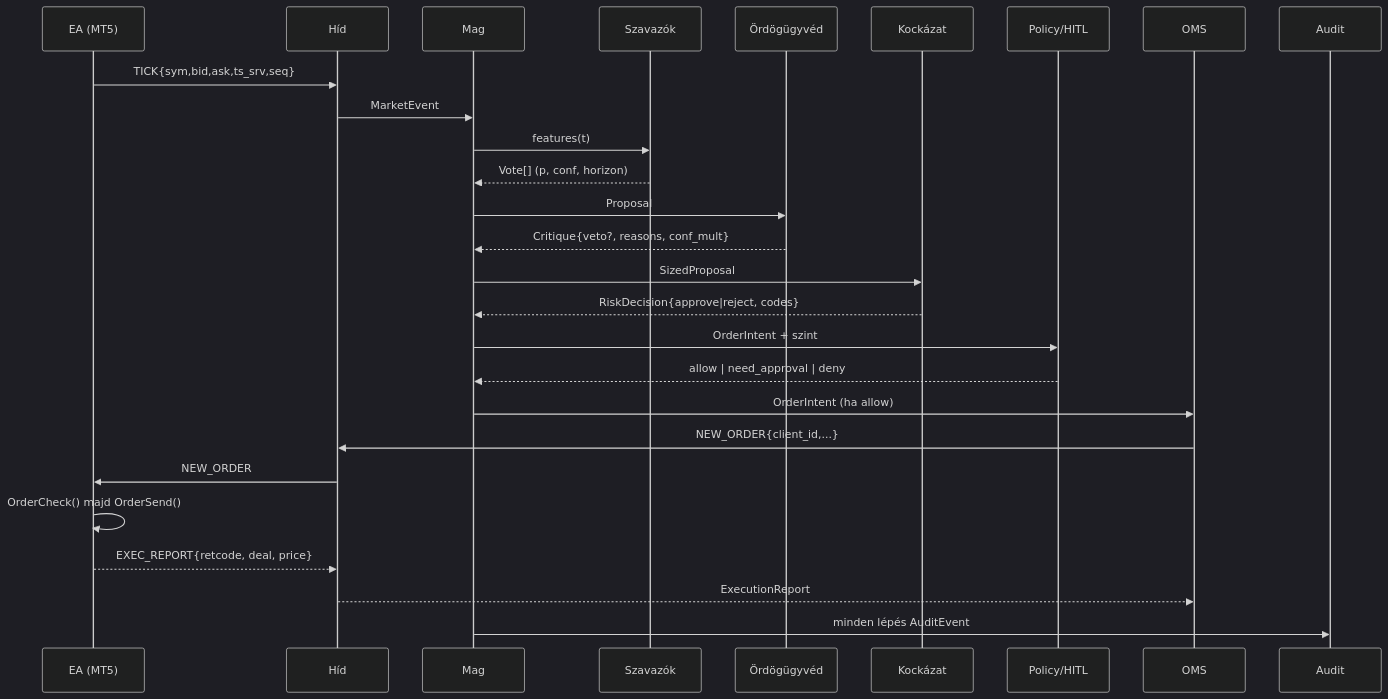
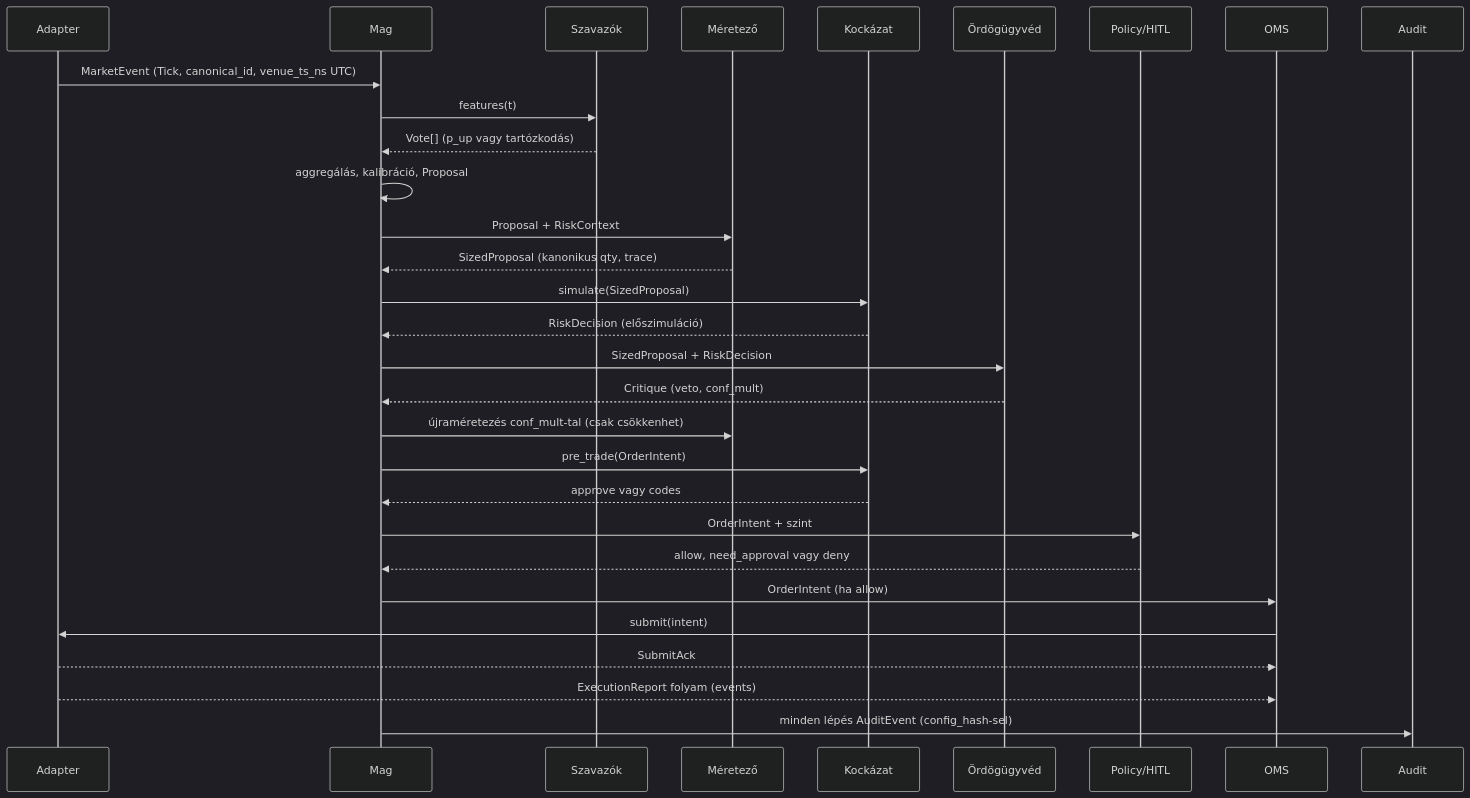
Before and after one commit to scspg/Personal: the third of 10 diagrams in algotrading-archivum/FEJLESZTOI-SPEC.md, drawn with Mermaid (dark theme). The commit also changed other lines of this file and 20 other files, not shown here.

````diff
--- a/algotrading-archivum/FEJLESZTOI-SPEC.md
+++ b/algotrading-archivum/FEJLESZTOI-SPEC.md
@@ -121,29 +198,32 @@
 ```mermaid
 sequenceDiagram
-  participant EA as EA (MT5)
-  participant BR as Híd
-  participant CORE as Mag
+  participant AD as Adapter
+  participant C as Mag
   participant V as Szavazók
+  participant S as Méretező
+  participant R as Kockázat
   participant DA as Ördögügyvéd
-  participant R as Kockázat
   participant P as Policy/HITL
   participant O as OMS
   participant A as Audit
-  EA->>BR: TICK{sym,bid,ask,ts_srv,seq}
-  BR->>CORE: MarketEvent
-  CORE->>V: features(t)
-  V-->>CORE: Vote[] (p, conf, horizon)
-  CORE->>DA: Proposal
-  DA-->>CORE: Critique{veto?, reasons, conf_mult}
-  CORE->>R: SizedProposal
-  R-->>CORE: RiskDecision{approve|reject, codes}
-  CORE->>P: OrderIntent + szint
-  P-->>CORE: allow | need_approval | deny
-  CORE->>O: OrderIntent (ha allow)
-  O->>BR: NEW_ORDER{client_id,...}
-  BR->>EA: NEW_ORDER
-  EA->>EA: OrderCheck() majd OrderSend()
-  EA-->>BR: EXEC_REPORT{retcode, deal, price}
-  BR-->>O: ExecutionReport
-  CORE->>A: minden lépés AuditEvent
+  AD->>C: MarketEvent (Tick, canonical_id, venue_ts_ns UTC)
+  C->>V: features(t)
+  V-->>C: Vote[] (p_up vagy tartózkodás)
+  C->>C: aggregálás, kalibráció, Proposal
+  C->>S: Proposal + RiskContext
+  S-->>C: SizedProposal (kanonikus qty, trace)
+  C->>R: simulate(SizedProposal)
+  R-->>C: RiskDecision (előszimuláció)
+  C->>DA: SizedProposal + RiskDecision
+  DA-->>C: Critique (veto, conf_mult)
+  C->>S: újraméretezés conf_mult-tal (csak csökkenhet)
+  C->>R: pre_trade(OrderIntent)
+  R-->>C: approve vagy codes
+  C->>P: OrderIntent + szint
+  P-->>C: allow, need_approval vagy deny
+  C->>O: OrderIntent (ha allow)
+  O->>AD: submit(intent)
+  AD-->>O: SubmitAck
+  AD-->>O: ExecutionReport folyam (events)
+  C->>A: minden lépés AuditEvent (config_hash-sel)
 ```
````
